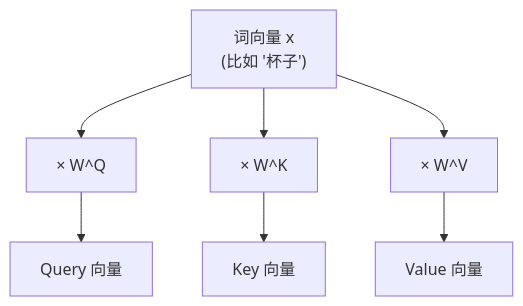
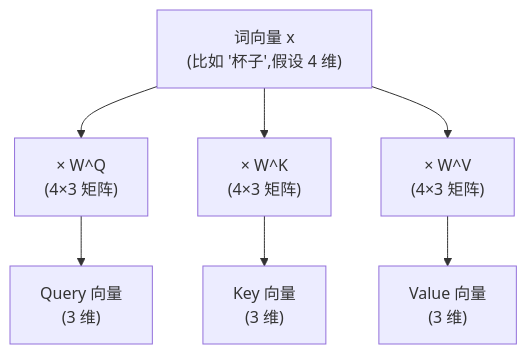
Before and after one commit to zerioo1970/summary: the fourth of 12 diagrams in transformer-学习资料/第03章-注意力机制.md, drawn with Mermaid. The commit also changed other lines of this file and 4 other files, not shown here.

Commit message:
大幅扩写第3-7章:新增数值手算/深入原理/更多图解/FAQ/可视化代码

````diff
--- a/transformer-学习资料/第03章-注意力机制.md
+++ b/transformer-学习资料/第03章-注意力机制.md
@@ -76,6 +141,6 @@
 ```mermaid
 flowchart TD
-    X["词向量 x<br/>(比如 '杯子')"] --> WQ["× W^Q"] --> Q["Query 向量"]
-    X --> WK["× W^K"] --> K["Key 向量"]
-    X --> WV["× W^V"] --> V["Value 向量"]
+    X["词向量 x<br/>(比如 '杯子',假设 4 维)"] --> WQ["× W^Q<br/>(4×3 矩阵)"] --> Q["Query 向量<br/>(3 维)"]
+    X --> WK["× W^K<br/>(4×3 矩阵)"] --> K["Key 向量<br/>(3 维)"]
+    X --> WV["× W^V<br/>(4×3 矩阵)"] --> V["Value 向量<br/>(3 维)"]
 ```
````
